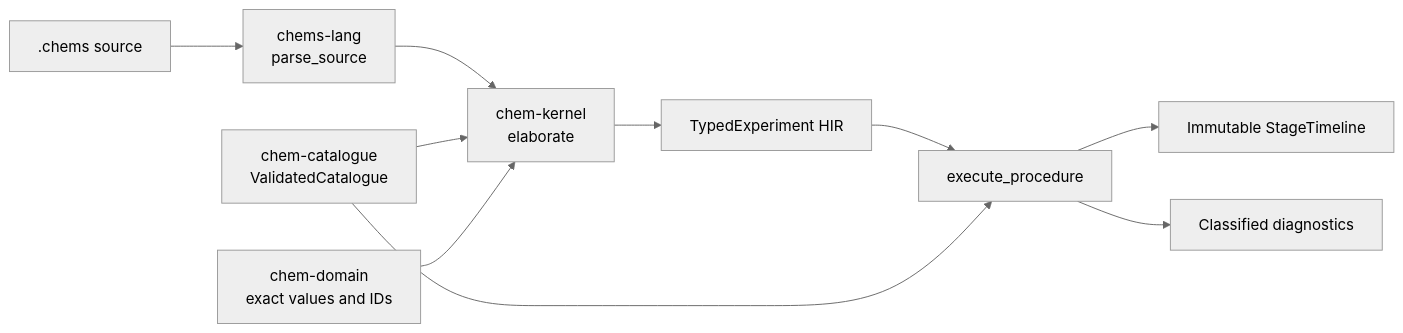
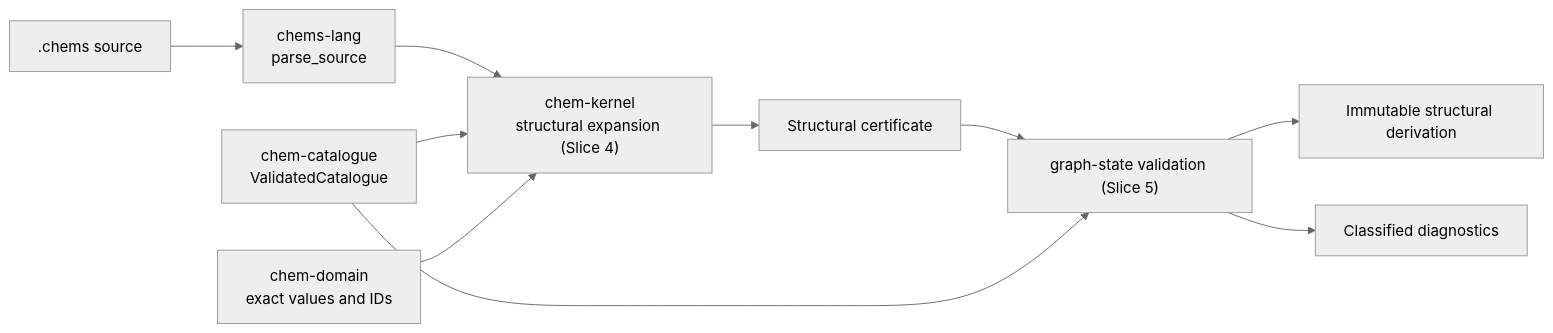
Before and after one commit to charles-mills/ChemSpec: the diagram in crates/chem-kernel/README.md, drawn with Mermaid (neutral theme). The commit also changed other lines of this file and 31 other files, not shown here.

Commit message:
Structural Slice 2: implement structural frontend

````diff
--- a/crates/chem-kernel/README.md
+++ b/crates/chem-kernel/README.md
@@ -19,12 +13,12 @@
 ```mermaid
 flowchart LR
     source[".chems source"] --> frontend["chems-lang<br/>parse_source"]
-    frontend --> elaborate["chem-kernel<br/>elaborate"]
+    frontend --> elaborate["chem-kernel<br/>structural expansion (Slice 4)"]
     catalogue["chem-catalogue<br/>ValidatedCatalogue"] --> elaborate
     domain["chem-domain<br/>exact values and IDs"] --> elaborate
-    elaborate --> hir["TypedExperiment HIR"]
-    hir --> procedure["execute_procedure"]
-    catalogue --> procedure
-    procedure --> timeline["Immutable StageTimeline"]
-    procedure --> diagnostics["Classified diagnostics"]
+    elaborate --> hir["Structural certificate"]
+    hir --> kernel["graph-state validation (Slice 5)"]
+    catalogue --> kernel
+    kernel --> derivation["Immutable structural derivation"]
+    kernel --> diagnostics["Classified diagnostics"]
 ```
````
